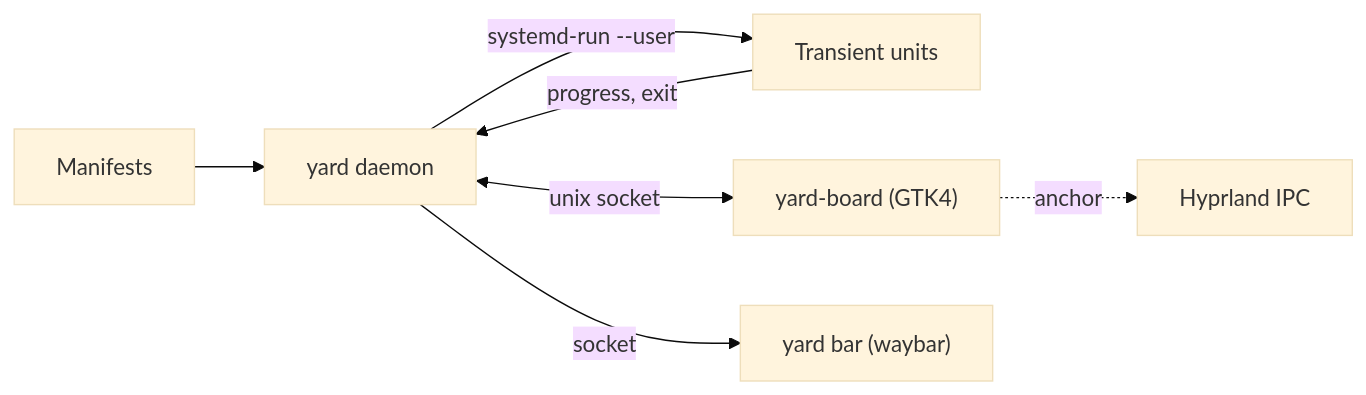
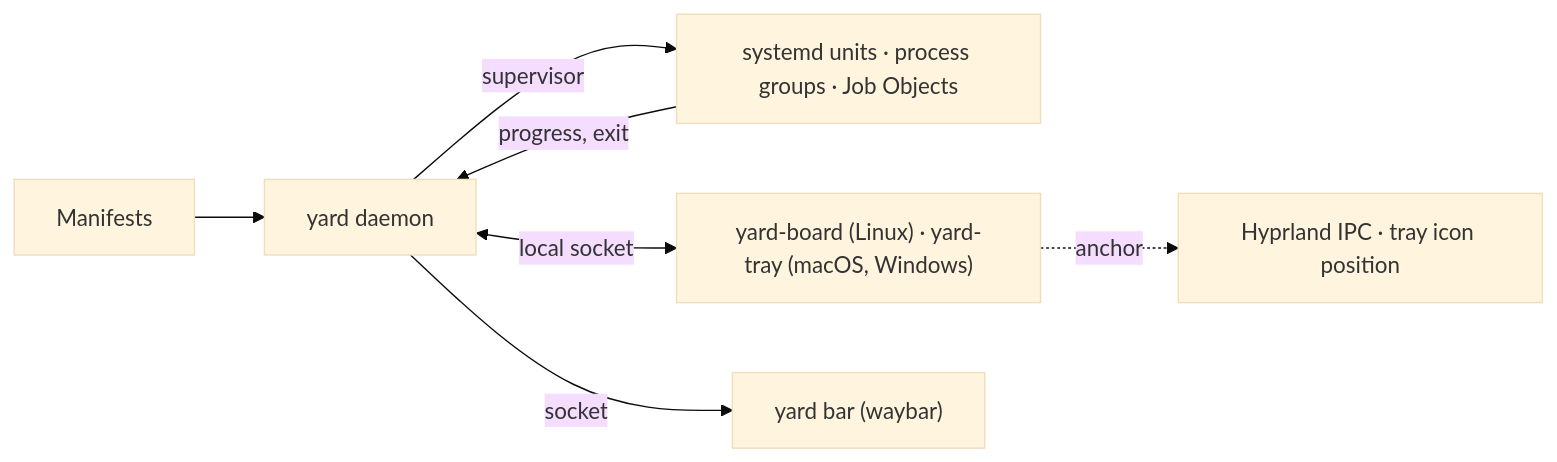
The diagram in README.md (NathanielInman/switchyard), drawn with Mermaid (base theme) before and after one commit. The commit also changed other lines of this file, not shown here.

````diff
--- a/README.md
+++ b/README.md
@@ -246,9 +306,9 @@
 ```mermaid
 flowchart LR
   M["Manifests"] --> D["yard daemon"]
-  D -- "systemd-run --user" --> U["Transient units"]
+  D -- "supervisor" --> U["systemd units · process groups · Job Objects"]
   U -- "progress, exit" --> D
-  D <-- "unix socket" --> B["yard-board (GTK4)"]
+  D <-- "local socket" --> B["yard-board (Linux) · yard-tray (macOS, Windows)"]
   D -- "socket" --> W["yard bar (waybar)"]
-  B -. "anchor" .-> H["Hyprland IPC"]
+  B -. "anchor" .-> H["Hyprland IPC · tray icon position"]
 ```
````
